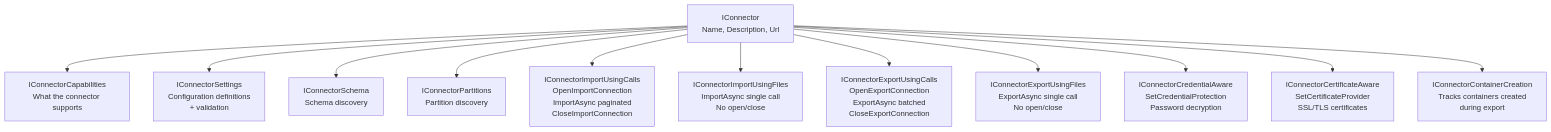
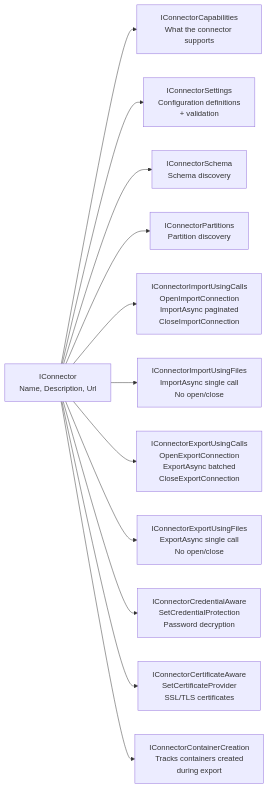
Before and after one commit to TetronIO/JIM: the first of 5 diagrams in docs/diagrams/mermaid/CONNECTOR_LIFECYCLE.md, drawn with Mermaid.

Commit message:
Improving the layout

````diff
--- a/docs/diagrams/mermaid/CONNECTOR_LIFECYCLE.md
+++ b/docs/diagrams/mermaid/CONNECTOR_LIFECYCLE.md
@@ -9,17 +9,17 @@
 ```mermaid
-flowchart TD
+flowchart LR
     IConnector[IConnector<br/>Name, Description, Url] --> ICap[IConnectorCapabilities<br/>What the connector supports]
     IConnector --> ISettings[IConnectorSettings<br/>Configuration definitions<br/>+ validation]
     IConnector --> ISchema[IConnectorSchema<br/>Schema discovery]
     IConnector --> IPartitions[IConnectorPartitions<br/>Partition discovery]
 
     IConnector --> IImportCalls[IConnectorImportUsingCalls<br/>OpenImportConnection<br/>ImportAsync paginated<br/>CloseImportConnection]
     IConnector --> IImportFiles[IConnectorImportUsingFiles<br/>ImportAsync single call<br/>No open/close]
 
     IConnector --> IExportCalls[IConnectorExportUsingCalls<br/>OpenExportConnection<br/>ExportAsync batched<br/>CloseExportConnection]
     IConnector --> IExportFiles[IConnectorExportUsingFiles<br/>ExportAsync single call<br/>No open/close]
 
     IConnector --> ICredential[IConnectorCredentialAware<br/>SetCredentialProtection<br/>Password decryption]
     IConnector --> ICertificate[IConnectorCertificateAware<br/>SetCertificateProvider<br/>SSL/TLS certificates]
     IConnector --> IContainer[IConnectorContainerCreation<br/>Tracks containers created<br/>during export]
 ```
````
